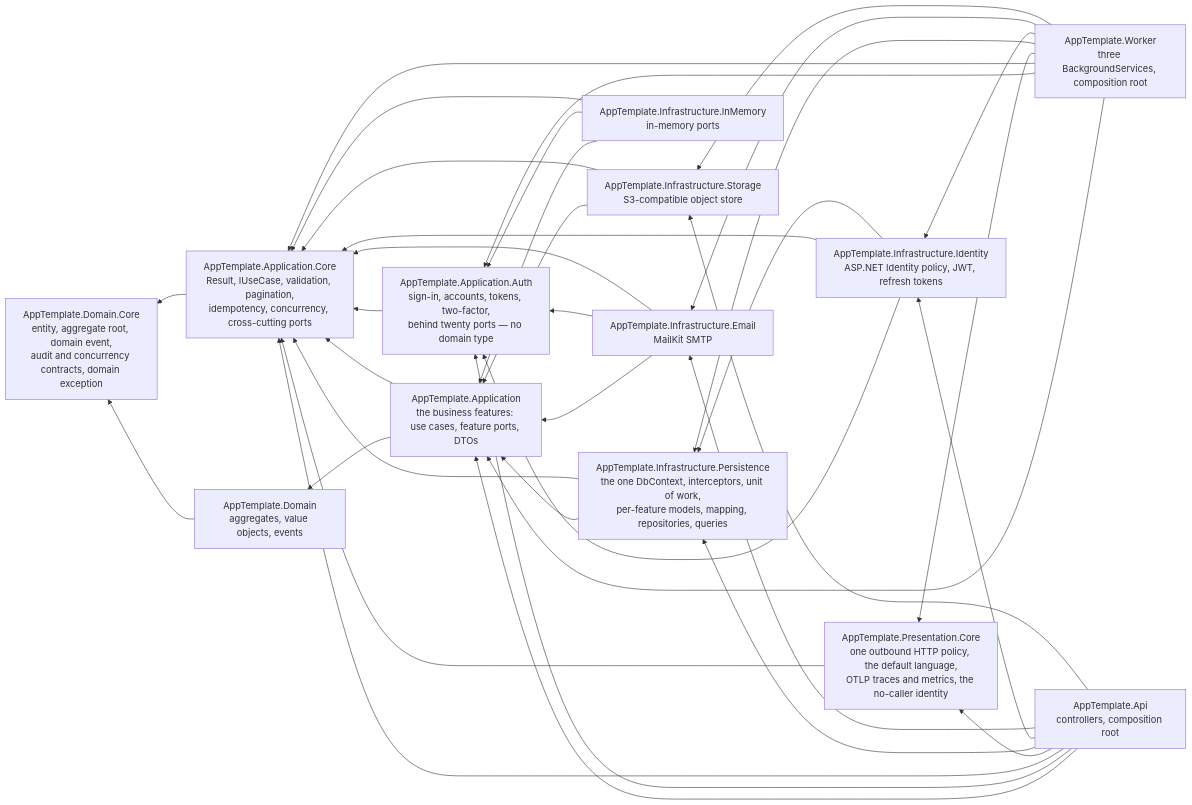
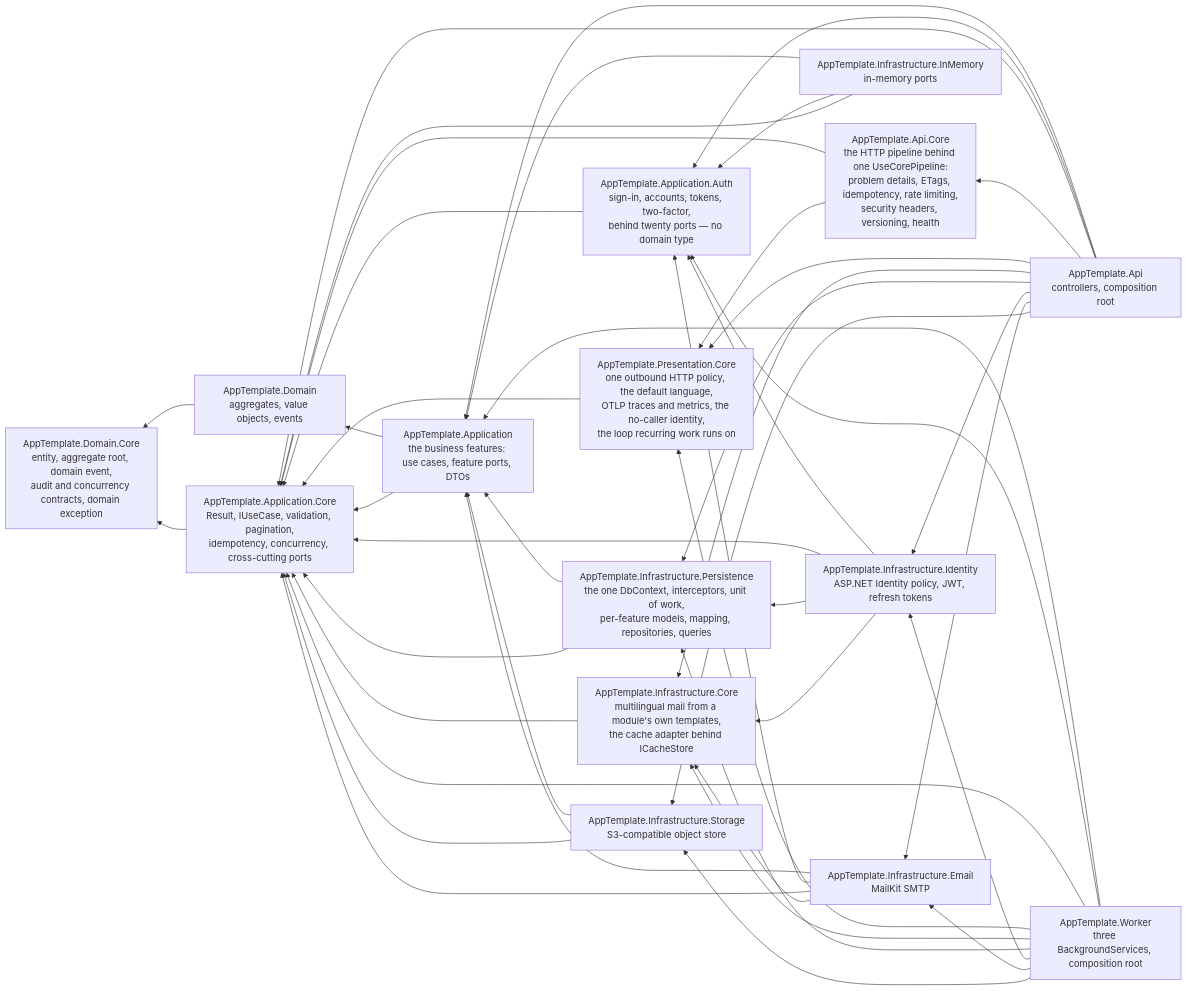
The diagram in docs/ARCHITECTURE.md (Pierre-MarieMarchio/Template-DotNet_Clean_Architecture), drawn with Mermaid before and after one commit. The commit also changed other lines of this file and 4 other files, not shown here.

````diff
--- a/docs/ARCHITECTURE.md
+++ b/docs/ARCHITECTURE.md
@@ -28,52 +30,62 @@
 ```mermaid
 graph RL
     Api[AppTemplate.Api<br/>controllers, composition root]
     Worker[AppTemplate.Worker<br/>three BackgroundServices, composition root]
-    PresCore[AppTemplate.Presentation.Core<br/>one outbound HTTP policy, the default language,<br/>OTLP traces and metrics, the no-caller identity]
+    ApiCore[AppTemplate.Api.Core<br/>the HTTP pipeline behind one UseCorePipeline:<br/>problem details, ETags, idempotency, rate limiting,<br/>security headers, versioning, health]
+    PresCore[AppTemplate.Presentation.Core<br/>one outbound HTTP policy, the default language,<br/>OTLP traces and metrics, the no-caller identity,<br/>the loop recurring work runs on]
     Ident[AppTemplate.Infrastructure.Identity<br/>ASP.NET Identity policy, JWT, refresh tokens]
     Mail[AppTemplate.Infrastructure.Email<br/>MailKit SMTP]
     Store[AppTemplate.Infrastructure.Storage<br/>S3-compatible object store]
     Mem[AppTemplate.Infrastructure.InMemory<br/>in-memory ports]
     Pers[AppTemplate.Infrastructure.Persistence<br/>the one DbContext, interceptors, unit of work,<br/>per-feature models, mapping, repositories, queries]
+    InfraCore[AppTemplate.Infrastructure.Core<br/>multilingual mail from a module's own templates,<br/>the cache adapter behind ICacheStore]
     App[AppTemplate.Application<br/>the business features: use cases, feature ports, DTOs]
     Auth[AppTemplate.Application.Auth<br/>sign-in, accounts, tokens, two-factor,<br/>behind twenty ports — no domain type]
     AppCore[AppTemplate.Application.Core<br/>Result, IUseCase, validation, pagination,<br/>idempotency, concurrency, cross-cutting ports]
     Dom[AppTemplate.Domain<br/>aggregates, value objects, events]
     DomCore[AppTemplate.Domain.Core<br/>entity, aggregate root, domain event,<br/>audit and concurrency contracts, domain exception]
 
     Dom --> DomCore
     AppCore --> DomCore
     App --> Dom
     App --> AppCore
     Auth --> AppCore
     PresCore --> AppCore
+    ApiCore --> AppCore
+    ApiCore --> PresCore
+    InfraCore --> AppCore
     Pers --> App
     Pers --> AppCore
     Ident --> Auth
     Ident --> AppCore
     Ident --> Pers
+    Ident --> InfraCore
     Mail --> App
     Mail --> Auth
     Mail --> AppCore
+    Mail --> InfraCore
     Store --> App
     Store --> AppCore
     Mem --> App
     Mem --> Auth
     Mem --> AppCore
     Api --> App
     Api --> Auth
     Api --> AppCore
+    Api --> ApiCore
     Api --> PresCore
+    Api --> InfraCore
     Api --> Pers
     Api --> Ident
     Api --> Mail
     Api --> Store
     Worker --> App
     Worker --> Auth
     Worker --> AppCore
     Worker --> PresCore
+    Worker --> InfraCore
     Worker --> Pers
     Worker --> Ident
     Worker --> Mail
     Worker --> Store
 ```
````
